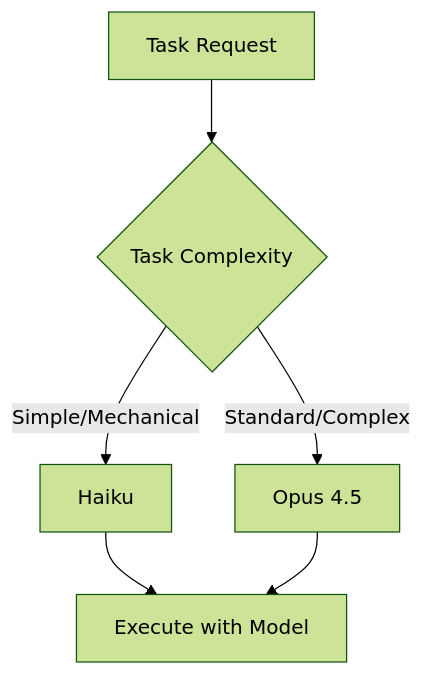
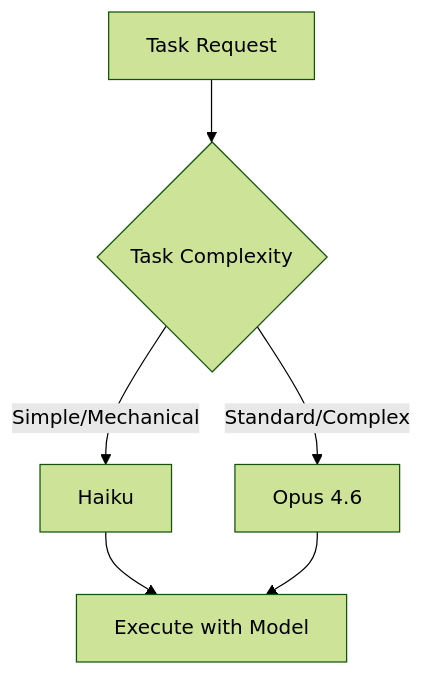
One commit to anton-abyzov/specweave changed the diagram in docs-site/docs/glossary/terms/intelligent-model-selection.md. Above: the diagram before and after it, drawn with Mermaid (forest theme). The commit also changed other lines of this file and 33 other files, not shown here.

````diff
--- a/docs-site/docs/glossary/terms/intelligent-model-selection.md
+++ b/docs-site/docs/glossary/terms/intelligent-model-selection.md
@@ -15,9 +15,9 @@
 ```mermaid
 flowchart TD
     A[Task Request] --> B{Task Complexity}
     B -->|Simple/Mechanical| C[Haiku]
-    B -->|Standard/Complex| D[Opus 4.5]
+    B -->|Standard/Complex| D[Opus 4.6]
 
     C --> E[Execute with Model]
     D --> E
 ```
````
